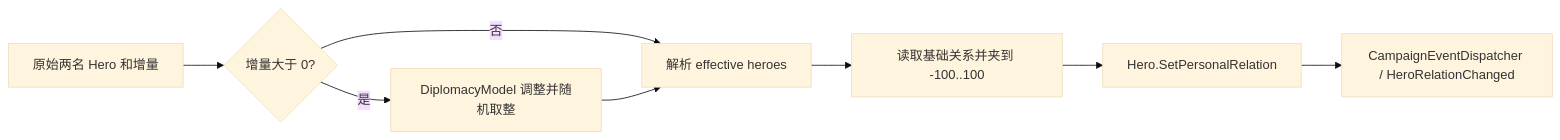
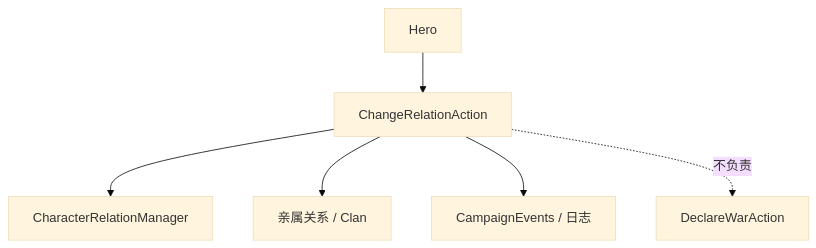
The diagram in content/v1.4.5/zh/api/campaign-ext/ChangeRelationAction.md (BannerlordCode/BannerlordCode.github.io), drawn with Mermaid (base theme) before and after one commit. The commit also changed other lines of this file and 5649 other files, not shown here.

Commit message:
docs: batch push uncommitted markdown (v1.3.15/zh + v1.4.5/zh API+architecture+guide+native, 5650 files)

````diff
--- a/content/v1.4.5/zh/api/campaign-ext/ChangeRelationAction.md
+++ b/content/v1.4.5/zh/api/campaign-ext/ChangeRelationAction.md
@@ -28,10 +30,8 @@
 ```mermaid
-flowchart LR
-    Input[原始两名 Hero 和增量] --> Scale{增量大于 0?}
-    Scale -->|是| Model[DiplomacyModel 调整并随机取整]
-    Scale -->|否| Resolve
-    Model --> Resolve[解析 effective heroes]
-    Resolve --> Clamp[读取基础关系并夹到 -100..100]
-    Clamp --> Save[Hero.SetPersonalRelation]
-    Save --> Event[CampaignEventDispatcher / HeroRelationChanged]
+graph TD
+    HERO[Hero] --> ACTION[ChangeRelationAction]
+    ACTION --> REL[CharacterRelationManager]
+    ACTION --> FAMILY[亲属关系 / Clan]
+    ACTION --> EVENTS[CampaignEvents / 日志]
+    ACTION -. 不负责 .-> WAR[DeclareWarAction]
 ```
````
